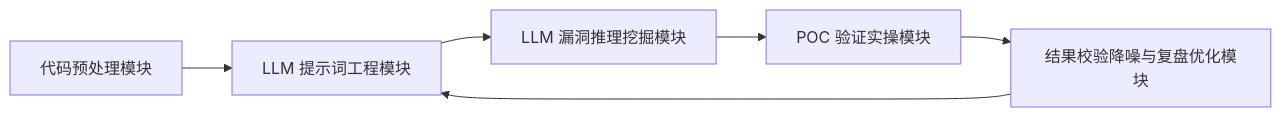
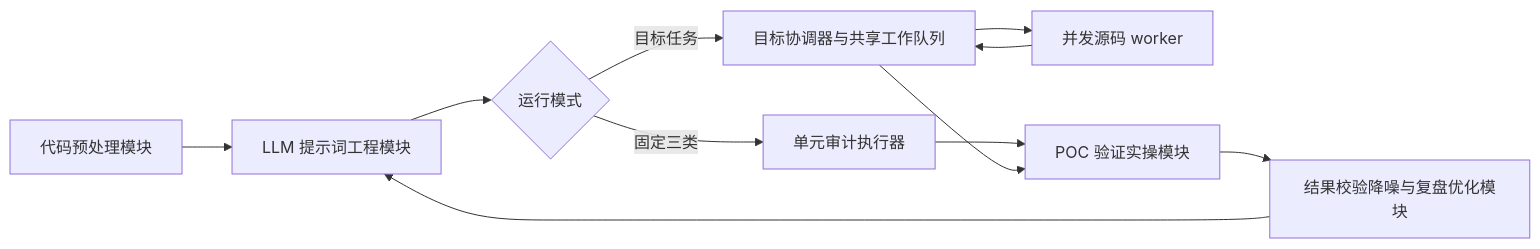
The diagram in docs/report-outline.md (Luchutong/llm-vuln-audit), drawn with Mermaid before and after one commit. The commit also changed other lines of this file and 22 other files, not shown here.

````diff
--- a/docs/report-outline.md
+++ b/docs/report-outline.md
@@ -15,8 +15,13 @@
 ```mermaid
 flowchart LR
     A[代码预处理模块] --> B[LLM 提示词工程模块]
-    B --> C[LLM 漏洞推理挖掘模块]
-    C --> D[POC 验证实操模块]
-    D --> E[结果校验降噪与复盘优化模块]
-    E --> B
+    B --> C{运行模式}
+    C -->|固定三类| D[单元审计执行器]
+    C -->|目标任务| E[目标协调器与共享工作队列]
+    E --> F[并发源码 worker]
+    F --> E
+    D --> G[POC 验证实操模块]
+    E --> G
+    G --> H[结果校验降噪与复盘优化模块]
+    H --> B
 ```
````
